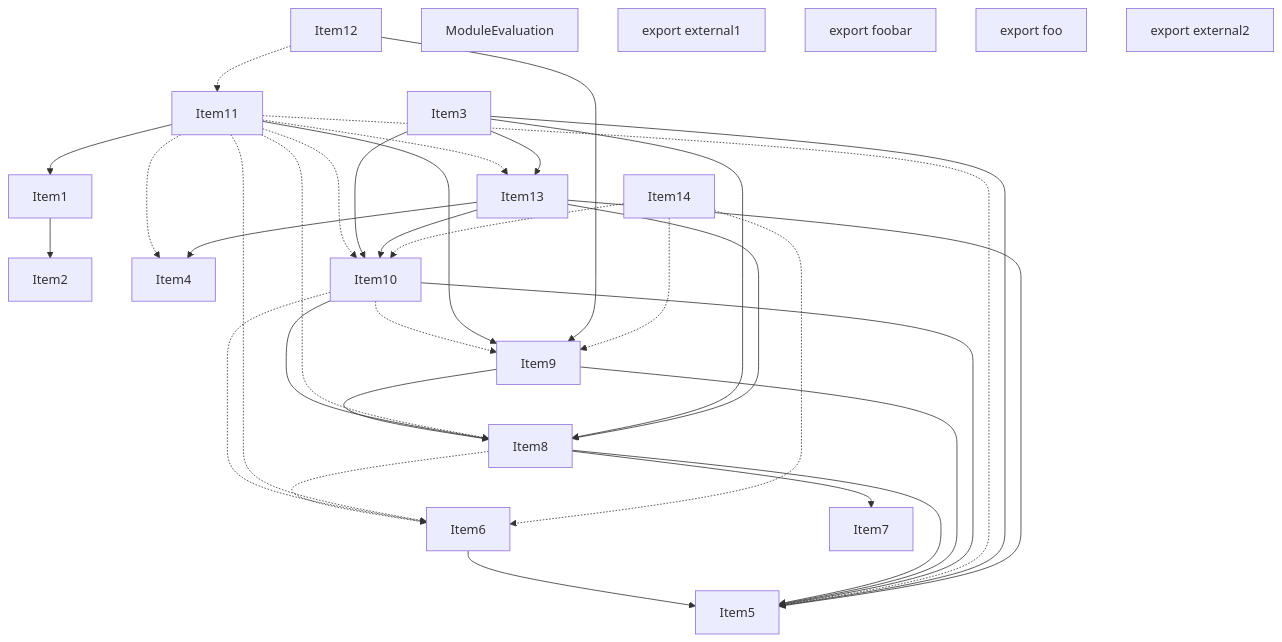
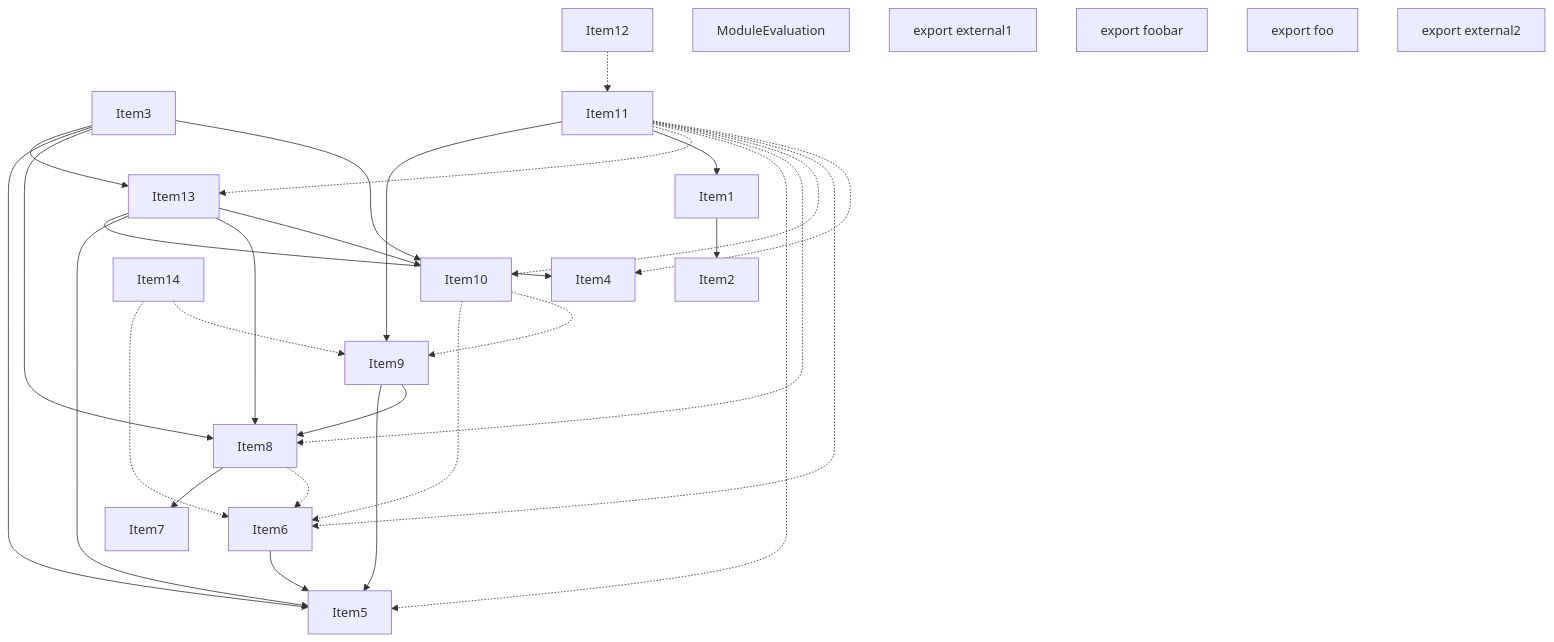
Before and after one commit to vercel/turborepo: the third of 5 diagrams in crates/turbopack-ecmascript/tests/tree-shaker/analyzer/2/output.md, drawn with Mermaid. The commit also changed other lines of this file and 23 other files, not shown here.

````diff
--- a/crates/turbopack-ecmascript/tests/tree-shaker/analyzer/2/output.md
+++ b/crates/turbopack-ecmascript/tests/tree-shaker/analyzer/2/output.md
@@ -226,59 +220,54 @@
 ```mermaid
 graph TD
     Item3;
     Item2;
     Item4;
     Item5;
     Item6;
     Item7;
     Item8;
     Item9;
     Item10;
     Item11;
     Item12;
     Item13;
     Item14;
     Item1;
     Item15;
     Item15["ModuleEvaluation"];
     Item16;
     Item16["export external1"];
     Item17;
     Item17["export foobar"];
     Item18;
     Item18["export foo"];
     Item19;
     Item19["export external2"];
     Item1 --> Item2;
     Item6 --> Item5;
     Item8 --> Item7;
-    Item8 --> Item5;
     Item8 -.-> Item6;
     Item9 --> Item5;
     Item9 --> Item8;
-    Item10 --> Item5;
-    Item10 --> Item8;
     Item10 -.-> Item6;
     Item10 -.-> Item9;
     Item11 --> Item9;
     Item11 --> Item1;
     Item11 -.-> Item13;
     Item11 -.-> Item5;
     Item11 -.-> Item8;
     Item11 -.-> Item10;
     Item11 -.-> Item6;
     Item11 -.-> Item4;
-    Item12 --> Item9;
     Item12 -.-> Item11;
     Item3 --> Item13;
     Item3 --> Item5;
     Item3 --> Item8;
     Item3 --> Item10;
     Item13 --> Item4;
     Item13 --> Item5;
     Item13 --> Item8;
     Item13 --> Item10;
     Item14 -.-> Item6;
     Item14 -.-> Item9;
-    Item14 -.-> Item10;
 ```
````
